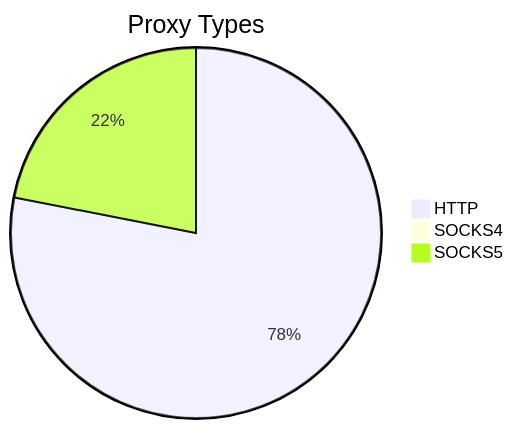
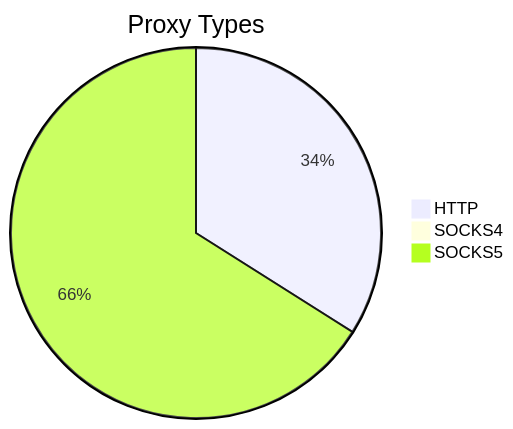
The first of 2 diagrams in README.md (stormsia/proxy-list), drawn with Mermaid before and after one commit. The commit also changed other lines of this file, not shown here.

````diff
--- a/README.md
+++ b/README.md
@@ -21,6 +21,6 @@
 ```mermaid
 pie title Proxy Types
-    "HTTP" : 1535
-    "SOCKS4" : 11
-    "SOCKS5" : 431
+    "HTTP" : 1586
+    "SOCKS4" : 23
+    "SOCKS5" : 3083
 ```
````
